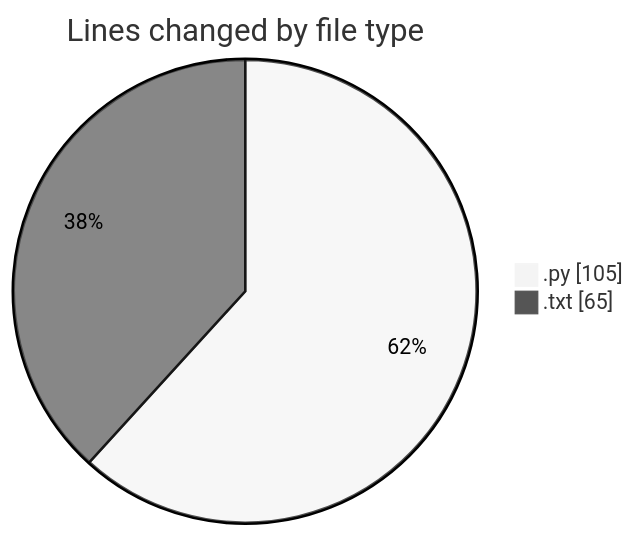
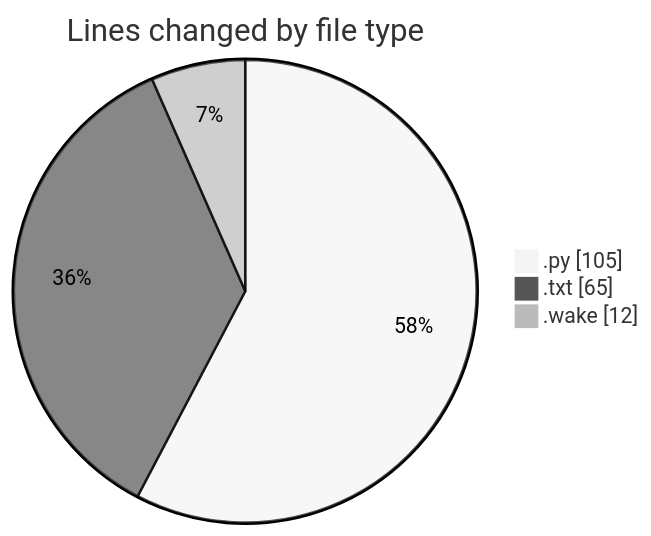
One commit to charlie-sans/code-tracking changed the first of 2 diagrams in 2025-04-29/wake-lang/README.md. Above: the diagram before and after it, drawn with Mermaid (neutral theme). The commit also changed other lines of this file and 1 other file, not shown here.

````diff
--- a/2025-04-29/wake-lang/README.md
+++ b/2025-04-29/wake-lang/README.md
@@ -22,6 +23,7 @@
 ```mermaid
 pie showData
 title Lines changed by file type
 ".py" : 105
 ".txt" : 65
+".wake" : 12
 ```
````
